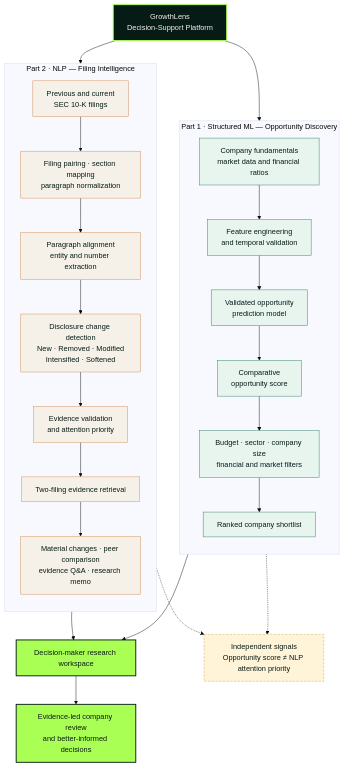
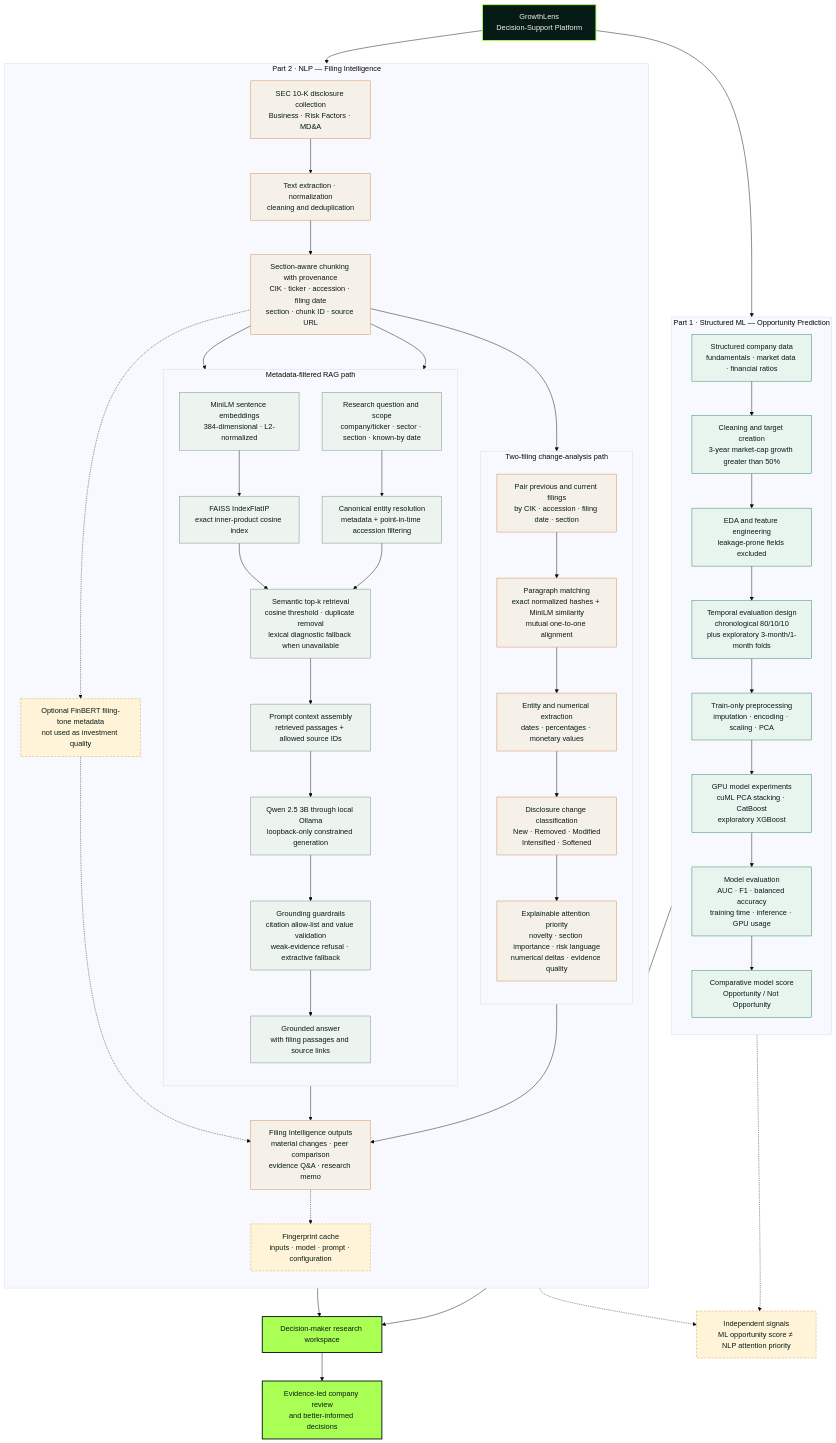
Before and after one commit to altayariyasser/GrowthLens_Project: the diagram in README.md, drawn with Mermaid (base theme). The commit also changed other lines of this file, not shown here.

Commit message:
Detail the ML and NLP research pipelines

````diff
--- a/README.md
+++ b/README.md
@@ -36,50 +38,88 @@
 flowchart TB
     PLATFORM["GrowthLens<br/>Decision-Support Platform"]
 
-    subgraph ML["Part 1 · Structured ML — Opportunity Discovery"]
+    subgraph ML["Part 1 · Structured ML — Opportunity Prediction"]
         direction TB
-        ML_DATA["Company fundamentals<br/>market data and financial ratios"]
-        ML_FEATURES["Feature engineering<br/>and temporal validation"]
-        ML_MODEL["Validated opportunity<br/>prediction model"]
-        ML_SCORE["Comparative<br/>opportunity score"]
-        ML_FILTERS["Budget · sector · company size<br/>financial and market filters"]
-        ML_SHORTLIST["Ranked company shortlist"]
+        ML_DATA["Structured company data<br/>fundamentals · market data · financial ratios"]
+        ML_TARGET["Cleaning and target creation<br/>3-year market-cap growth greater than 50%"]
+        ML_FEATURES["EDA and feature engineering<br/>leakage-prone fields excluded"]
+        ML_SPLITS["Temporal evaluation design<br/>chronological 80/10/10<br/>plus exploratory 3-month/1-month folds"]
+        ML_PREP["Train-only preprocessing<br/>imputation · encoding · scaling · PCA"]
+        ML_MODELS["GPU model experiments<br/>cuML PCA stacking · CatBoost<br/>exploratory XGBoost"]
+        ML_EVAL["Model evaluation<br/>AUC · F1 · balanced accuracy<br/>training time · inference · GPU usage"]
+        ML_OUTPUT["Comparative model score<br/>Opportunity / Not Opportunity"]
 
-        ML_DATA --> ML_FEATURES --> ML_MODEL --> ML_SCORE --> ML_FILTERS --> ML_SHORTLIST
+        ML_DATA --> ML_TARGET --> ML_FEATURES --> ML_SPLITS --> ML_PREP --> ML_MODELS --> ML_EVAL --> ML_OUTPUT
     end
 
     subgraph NLP["Part 2 · NLP — Filing Intelligence"]
         direction TB
-        NLP_DATA["Previous and current<br/>SEC 10-K filings"]
-        NLP_PREP["Filing pairing · section mapping<br/>paragraph normalization"]
-        NLP_ALIGN["Paragraph alignment<br/>entity and number extraction"]
-        NLP_CHANGE["Disclosure change detection<br/>New · Removed · Modified<br/>Intensified · Softened"]
-        NLP_PRIORITY["Evidence validation<br/>and attention priority"]
-        NLP_RETRIEVAL["Two-filing evidence retrieval"]
-        NLP_OUTPUTS["Material changes · peer comparison<br/>evidence Q&A · research memo"]
+        NLP_SOURCE["SEC 10-K disclosure collection<br/>Business · Risk Factors · MD&A"]
+        NLP_CLEAN["Text extraction · normalization<br/>cleaning and deduplication"]
+        NLP_CHUNKS["Section-aware chunking with provenance<br/>CIK · ticker · accession · filing date<br/>section · chunk ID · source URL"]
 
-        NLP_DATA --> NLP_PREP --> NLP_ALIGN --> NLP_CHANGE --> NLP_PRIORITY --> NLP_RETRIEVAL --> NLP_OUTPUTS
+        NLP_SOURCE --> NLP_CLEAN --> NLP_CHUNKS
+
+        subgraph CHANGE["Two-filing change-analysis path"]
+            direction TB
+            NLP_PAIR["Pair previous and current filings<br/>by CIK · accession · filing date · section"]
+            NLP_ALIGN["Paragraph matching<br/>exact normalized hashes + MiniLM similarity<br/>mutual one-to-one alignment"]
+            NLP_EXTRACT["Entity and numerical extraction<br/>dates · percentages · monetary values"]
+            NLP_CHANGE["Disclosure change classification<br/>New · Removed · Modified<br/>Intensified · Softened"]
+            NLP_PRIORITY["Explainable attention priority<br/>novelty · section importance · risk language<br/>numerical deltas · evidence quality"]
+
+            NLP_PAIR --> NLP_ALIGN --> NLP_EXTRACT --> NLP_CHANGE --> NLP_PRIORITY
+        end
+
+        subgraph RAG["Metadata-filtered RAG path"]
+            direction TB
+            NLP_EMBED["MiniLM sentence embeddings<br/>384-dimensional · L2-normalized"]
+            NLP_INDEX["FAISS IndexFlatIP<br/>exact inner-product cosine index"]
+            NLP_QUERY["Research question and scope<br/>company/ticker · sector · section · known-by date"]
+            NLP_FILTER["Canonical entity resolution<br/>metadata + point-in-time accession filtering"]
+            NLP_SEARCH["Semantic top-k retrieval<br/>cosine threshold · duplicate removal<br/>lexical diagnostic fallback when unavailable"]
+            NLP_CONTEXT["Prompt context assembly<br/>retrieved passages + allowed source IDs"]
+            NLP_QWEN["Qwen 2.5 3B through local Ollama<br/>loopback-only constrained generation"]
+            NLP_GUARD["Grounding guardrails<br/>citation allow-list and value validation<br/>weak-evidence refusal · extractive fallback"]
+            NLP_ANSWER["Grounded answer<br/>with filing passages and source links"]
+
+            NLP_EMBED --> NLP_INDEX --> NLP_SEARCH
+            NLP_QUERY --> NLP_FILTER --> NLP_SEARCH
+            NLP_SEARCH --> NLP_CONTEXT --> NLP_QWEN --> NLP_GUARD --> NLP_ANSWER
+        end
+
+        NLP_CHUNKS --> NLP_PAIR
+        NLP_CHUNKS --> NLP_EMBED
+        NLP_CHUNKS --> NLP_FILTER
+        NLP_CHUNKS -.-> NLP_TONE["Optional FinBERT filing-tone metadata<br/>not used as investment quality"]
+
+        NLP_PRIORITY --> NLP_OUTPUTS["Filing Intelligence outputs<br/>material changes · peer comparison<br/>evidence Q&A · research memo"]
+        NLP_ANSWER --> NLP_OUTPUTS
+        NLP_TONE -.-> NLP_OUTPUTS
+        NLP_OUTPUTS -.-> NLP_CACHE["Fingerprint cache<br/>inputs · model · prompt · configuration"]
     end
 
     PLATFORM --> ML_DATA
-    PLATFORM --> NLP_DATA
+    PLATFORM --> NLP_SOURCE
 
-    ML_SHORTLIST --> WORKSPACE["Decision-maker research workspace"]
+    ML_OUTPUT --> WORKSPACE["Decision-maker research workspace"]
     NLP_OUTPUTS --> WORKSPACE
     WORKSPACE --> OUTCOME["Evidence-led company review<br/>and better-informed decisions"]
 
-    ML_SCORE -.-> SEPARATION["Independent signals<br/>Opportunity score ≠ NLP attention priority"]
+    ML_OUTPUT -.-> SEPARATION["Independent signals<br/>ML opportunity score ≠ NLP attention priority"]
     NLP_PRIORITY -.-> SEPARATION
 
     classDef platform fill:#071b16,color:#f5f3eb,stroke:#aaff55,stroke-width:2px;
     classDef ml fill:#e8f5ef,color:#071b16,stroke:#2f7f62,stroke-width:1px;
     classDef nlp fill:#f5f1e8,color:#071b16,stroke:#d28b52,stroke-width:1px;
+    classDef rag fill:#edf3ee,color:#071b16,stroke:#6f8f80,stroke-width:1px;
     classDef decision fill:#aaff55,color:#071b16,stroke:#071b16,stroke-width:2px;
     classDef note fill:#fff4d8,color:#071b16,stroke:#d2a64b,stroke-dasharray:5 3;
 
     class PLATFORM platform;
-    class ML_DATA,ML_FEATURES,ML_MODEL,ML_SCORE,ML_FILTERS,ML_SHORTLIST ml;
-    class NLP_DATA,NLP_PREP,NLP_ALIGN,NLP_CHANGE,NLP_PRIORITY,NLP_RETRIEVAL,NLP_OUTPUTS nlp;
+    class ML_DATA,ML_TARGET,ML_FEATURES,ML_SPLITS,ML_PREP,ML_MODELS,ML_EVAL,ML_OUTPUT ml;
+    class NLP_SOURCE,NLP_CLEAN,NLP_CHUNKS,NLP_PAIR,NLP_ALIGN,NLP_EXTRACT,NLP_CHANGE,NLP_PRIORITY,NLP_OUTPUTS nlp;
+    class NLP_EMBED,NLP_INDEX,NLP_QUERY,NLP_FILTER,NLP_SEARCH,NLP_CONTEXT,NLP_QWEN,NLP_GUARD,NLP_ANSWER rag;
     class WORKSPACE,OUTCOME decision;
-    class SEPARATION note;
+    class SEPARATION,NLP_TONE,NLP_CACHE note;
 ```
````
